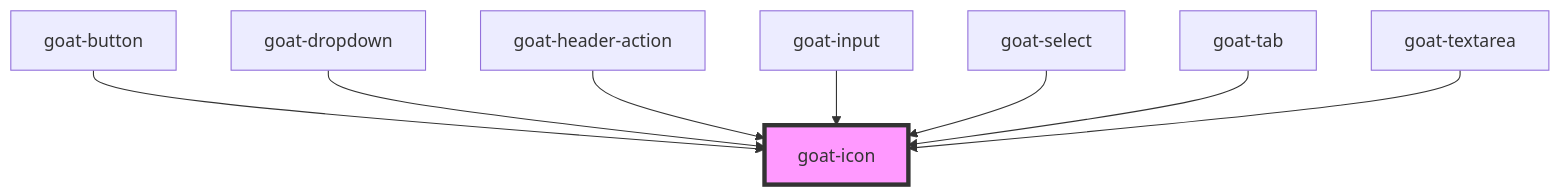
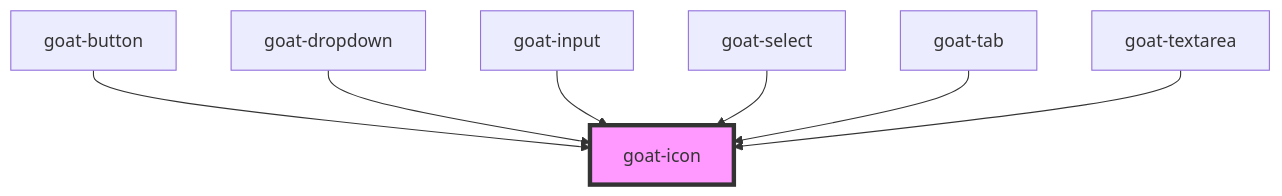
The diagram in src/components/content/icon/readme.md (goatui/components), drawn with Mermaid before and after one commit. The commit also changed other lines of this file and 46 other files, not shown here.

````diff
--- a/src/components/content/icon/readme.md
+++ b/src/components/content/icon/readme.md
@@ -29,11 +28,10 @@
 ```mermaid
 graph TD;
   goat-button --> goat-icon
   goat-dropdown --> goat-icon
-  goat-header-action --> goat-icon
   goat-input --> goat-icon
   goat-select --> goat-icon
   goat-tab --> goat-icon
   goat-textarea --> goat-icon
   style goat-icon fill:#f9f,stroke:#333,stroke-width:4px
 ```
````
